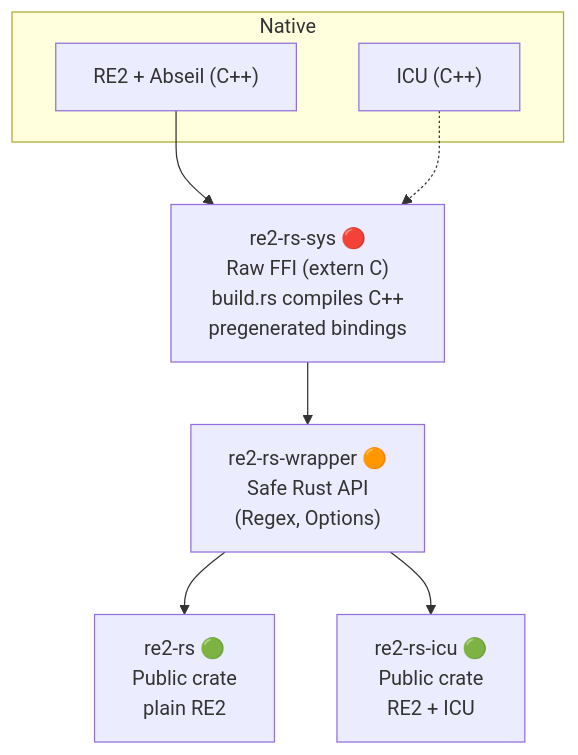
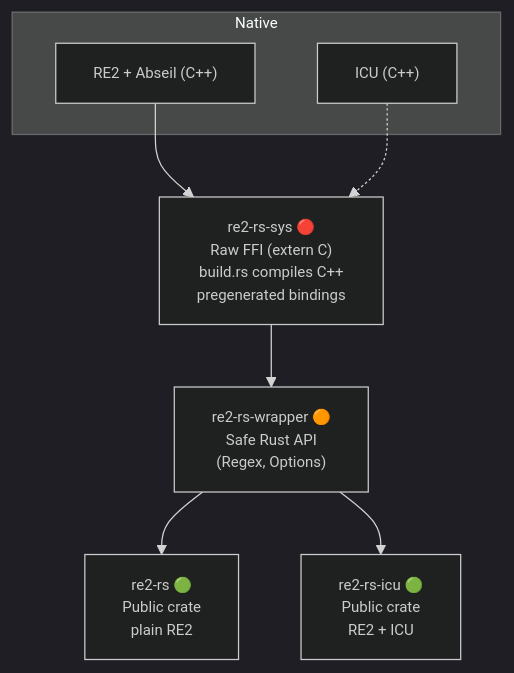
One commit to robyeates/re2-rs changed the diagram in README.md. Above: the diagram before and after it, drawn with Mermaid. The commit also changed other lines of this file and 21 other files, not shown here.

````diff
--- a/README.md
+++ b/README.md
@@ -38,21 +58,22 @@
 ```mermaid
+%%{init: {"theme":"dark", "themeVariables": { "fontSize": "12px" }, "scale": 0.6 }}%%
 graph TD
     subgraph Native
         CppSources["RE2 + Abseil (C++)"]
         ICU["ICU (C++)"]
     end
 
     re2_rs_sys["re2-rs-sys 🔴 <br/>Raw FFI (extern C)<br/>build.rs compiles C++<br/>pregenerated bindings"]
     re2_rs_wrapper["re2-rs-wrapper 🟠<br/> Safe Rust API<br/>(Regex, Options)"]
     re2_rs["re2-rs 🟢<br/> Public crate<br/>plain RE2"]
     re2_rs_icu["re2-rs-icu 🟢<br/> Public crate<br/>RE2 + ICU"]
 
     CppSources --> re2_rs_sys
     re2_rs_sys --> re2_rs_wrapper
     re2_rs_wrapper --> re2_rs
     re2_rs_wrapper --> re2_rs_icu
 
     %% ICU is optional
   ICU -.-> re2_rs_sys
 
 ```
````
